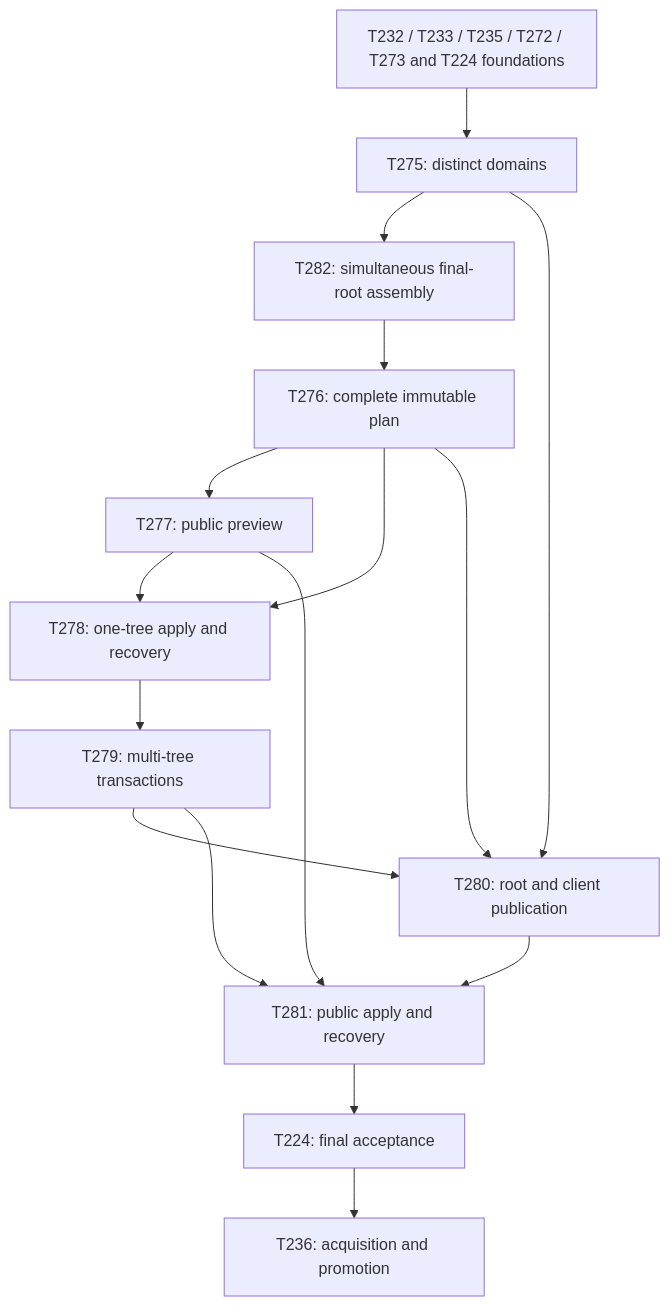
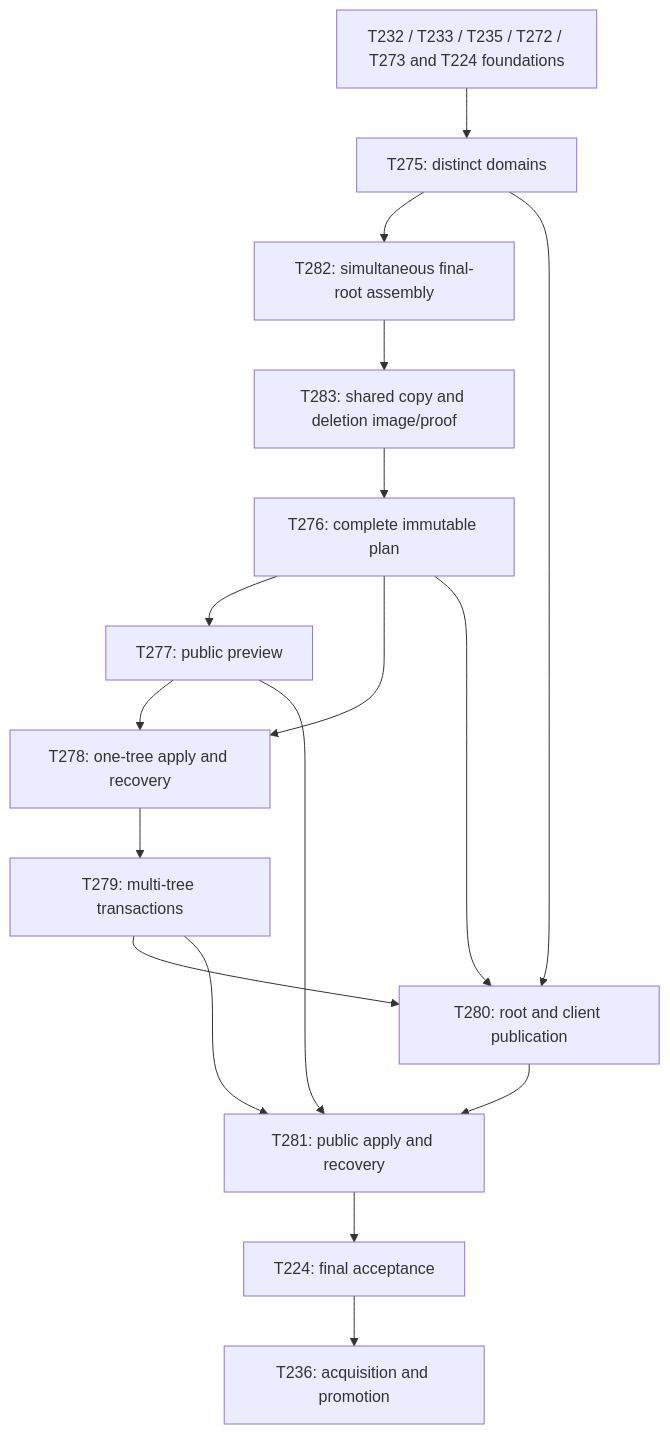
One commit to mem-memov/ama changed the diagram in docs/implementation/source-operations.md. Above: the diagram before and after it, drawn with Mermaid. The commit also changed other lines of this file and 31 other files, not shown here.

Commit message:
T283: share operation image plans and final proofs for copy and deletion

````diff
--- a/docs/implementation/source-operations.md
+++ b/docs/implementation/source-operations.md
@@ -68,18 +69,19 @@
 ```mermaid
 flowchart TD
     existing[T232 / T233 / T235 / T272 / T273 and T224 foundations] --> roots[T275: distinct domains]
     roots --> assembly[T282: simultaneous final-root assembly]
-    assembly --> plan[T276: complete immutable plan]
+    assembly --> shared[T283: shared copy and deletion image/proof]
+    shared --> plan[T276: complete immutable plan]
     plan --> preview[T277: public preview]
     plan --> journal[T278: one-tree apply and recovery]
     preview --> journal
     journal --> publish[T279: multi-tree transactions]
     roots --> metadata[T280: root and client publication]
     plan --> metadata
     publish --> metadata
     preview --> commands[T281: public apply and recovery]
     publish --> commands
     metadata --> commands
     commands --> final[T224: final acceptance]
     final --> acquire[T236: acquisition and promotion]
 ```
````
